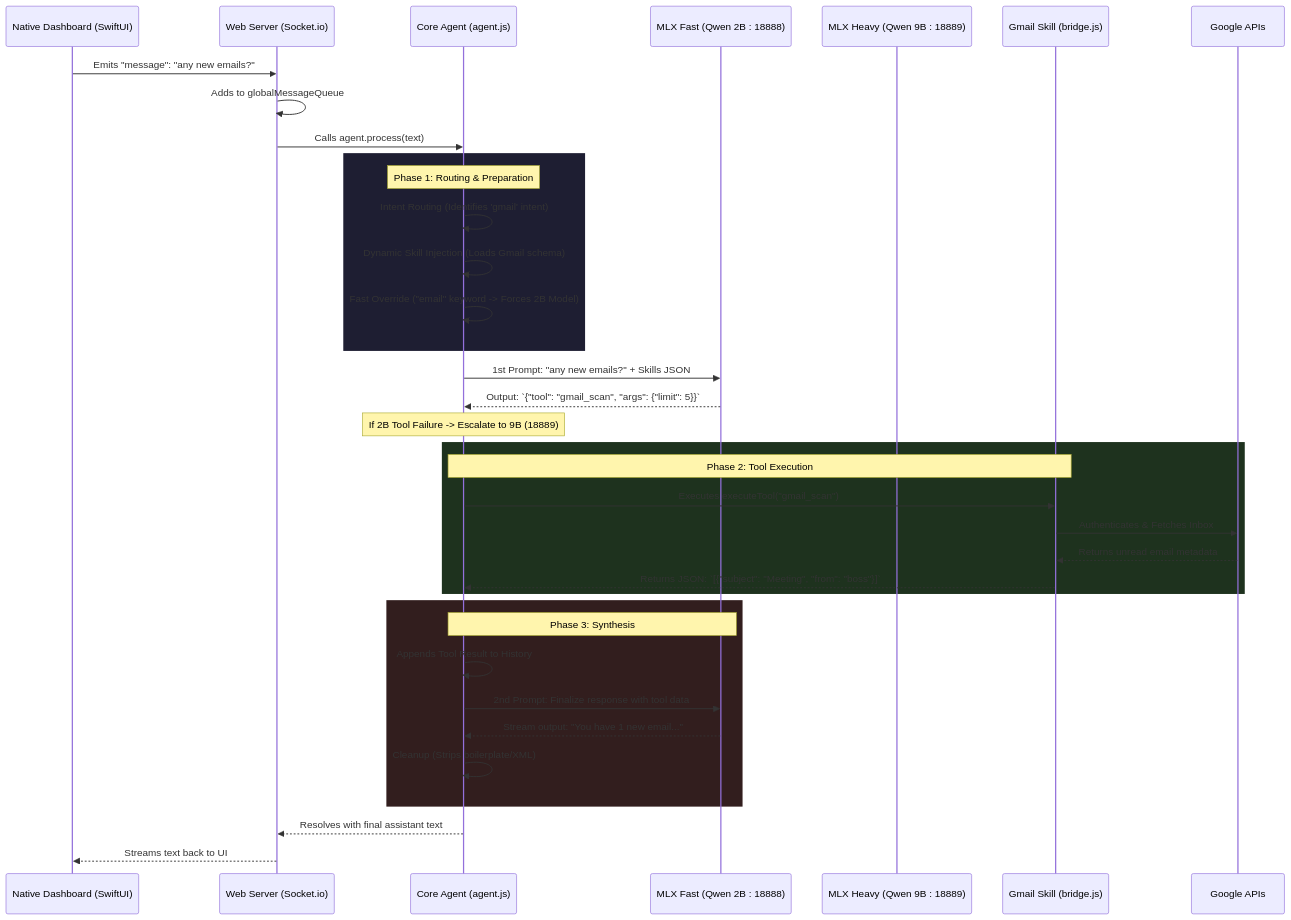
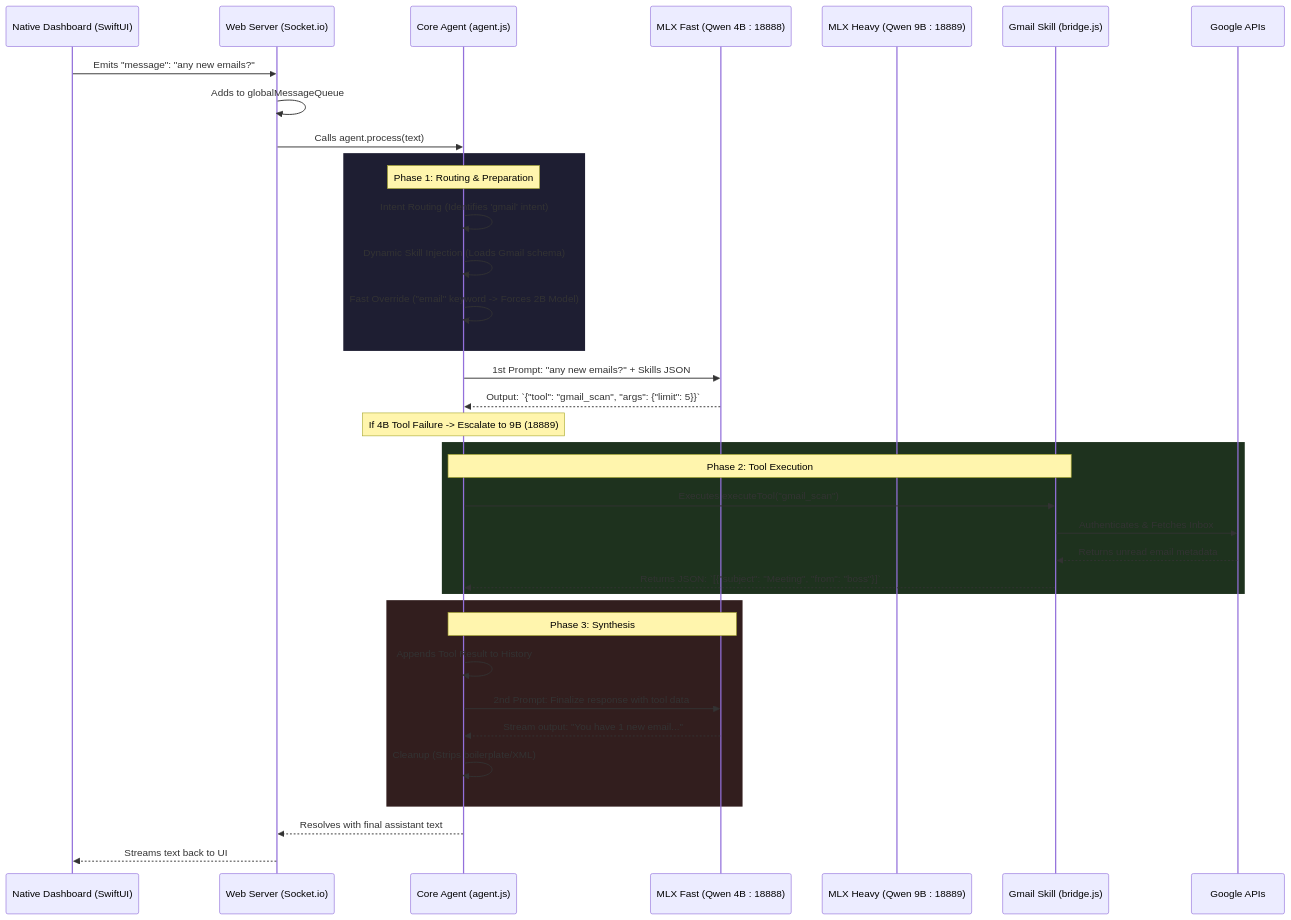
Before and after one commit to devonbot26/prometheus: the diagram in docs/PROMETHEUS_LOGIC_FLOW.md, drawn with Mermaid. The commit also changed other lines of this file and 83 other files, not shown here.

````diff
--- a/docs/PROMETHEUS_LOGIC_FLOW.md
+++ b/docs/PROMETHEUS_LOGIC_FLOW.md
@@ -7,45 +7,45 @@
 ```mermaid
 sequenceDiagram
     participant User as Native Dashboard (SwiftUI)
     participant WS as Web Server (Socket.io)
     participant Agent as Core Agent (agent.js)
-    participant FastLLM as MLX Fast (Qwen 2B : 18888)
+    participant FastLLM as MLX Fast (Qwen 4B : 18888)
     participant HeavyLLM as MLX Heavy (Qwen 9B : 18889)
     participant Skill as Gmail Skill (bridge.js)
     participant Google as Google APIs
 
     User->>WS: Emits "message": "any new emails?"
     WS->>WS: Adds to globalMessageQueue
     WS->>Agent: Calls agent.process(text)
     
     rect rgb(30, 30, 50)
         Note over Agent: Phase 1: Routing & Preparation
         Agent->>Agent: Intent Routing (Identifies 'gmail' intent)
         Agent->>Agent: Dynamic Skill Injection (Loads Gmail schema)
         Agent->>Agent: Fast Override ("email" keyword -> Forces 2B Model)
     end
     
     Agent->>FastLLM: 1st Prompt: "any new emails?" + Skills JSON
     FastLLM-->>Agent: Output: `{"tool": "gmail_scan", "args": {"limit": 5}}`
     
-    note over Agent: If 2B Tool Failure -> Escalate to 9B (18889)
+    note over Agent: If 4B Tool Failure -> Escalate to 9B (18889)
     
     rect rgb(30, 50, 30)
         Note over Agent, Skill: Phase 2: Tool Execution
         Agent->>Skill: Executes executeTool("gmail_scan")
         Skill->>Google: Authenticates & Fetches Inbox
         Google-->>Skill: Returns unread email metadata
         Skill-->>Agent: Returns JSON: `[{"subject": "Meeting", "from": "boss"}]`
     end
     
     rect rgb(50, 30, 30)
         Note over Agent, FastLLM: Phase 3: Synthesis
         Agent->>Agent: Appends Tool Result to History
         Agent->>FastLLM: 2nd Prompt: Finalize response with tool data
         FastLLM-->>Agent: Stream output: "You have 1 new email..."
         Agent->>Agent: Cleanup (Strips boilerplate/XML)
     end
     
     Agent-->>WS: Resolves with final assistant text
     WS-->>User: Streams text back to UI
 ```
````
